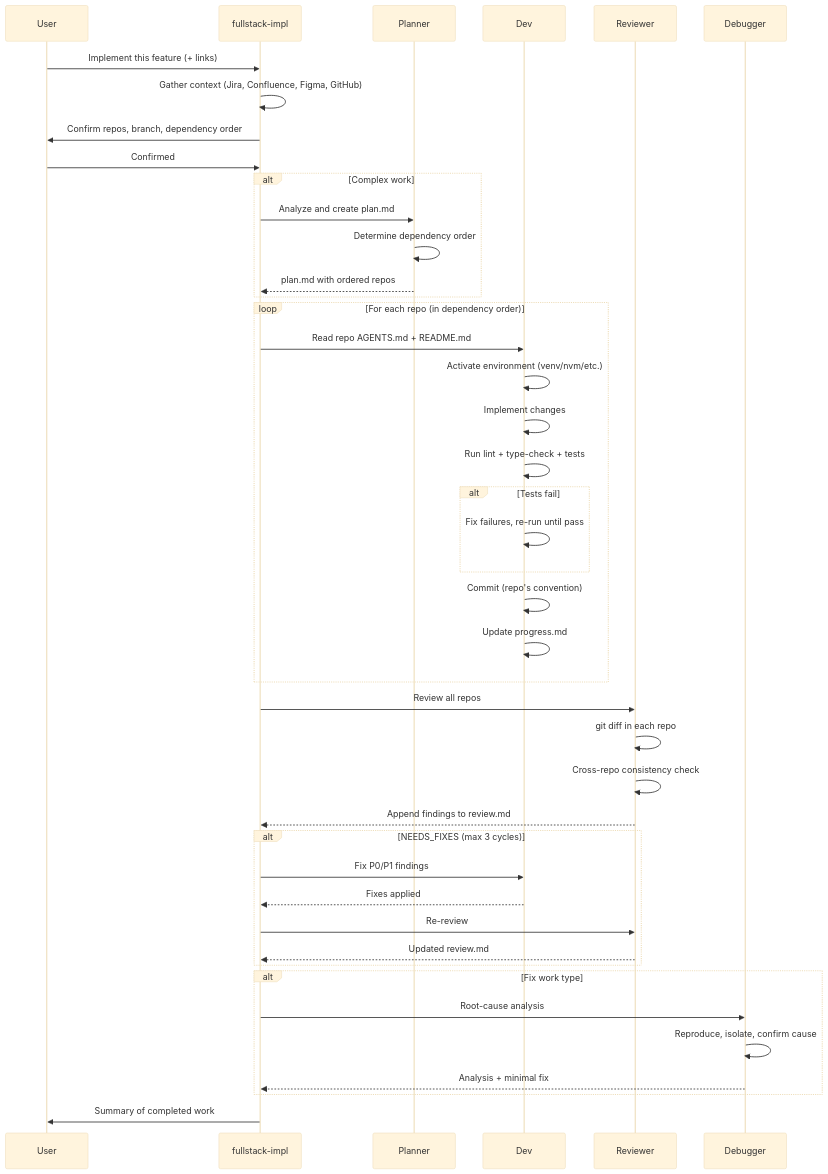
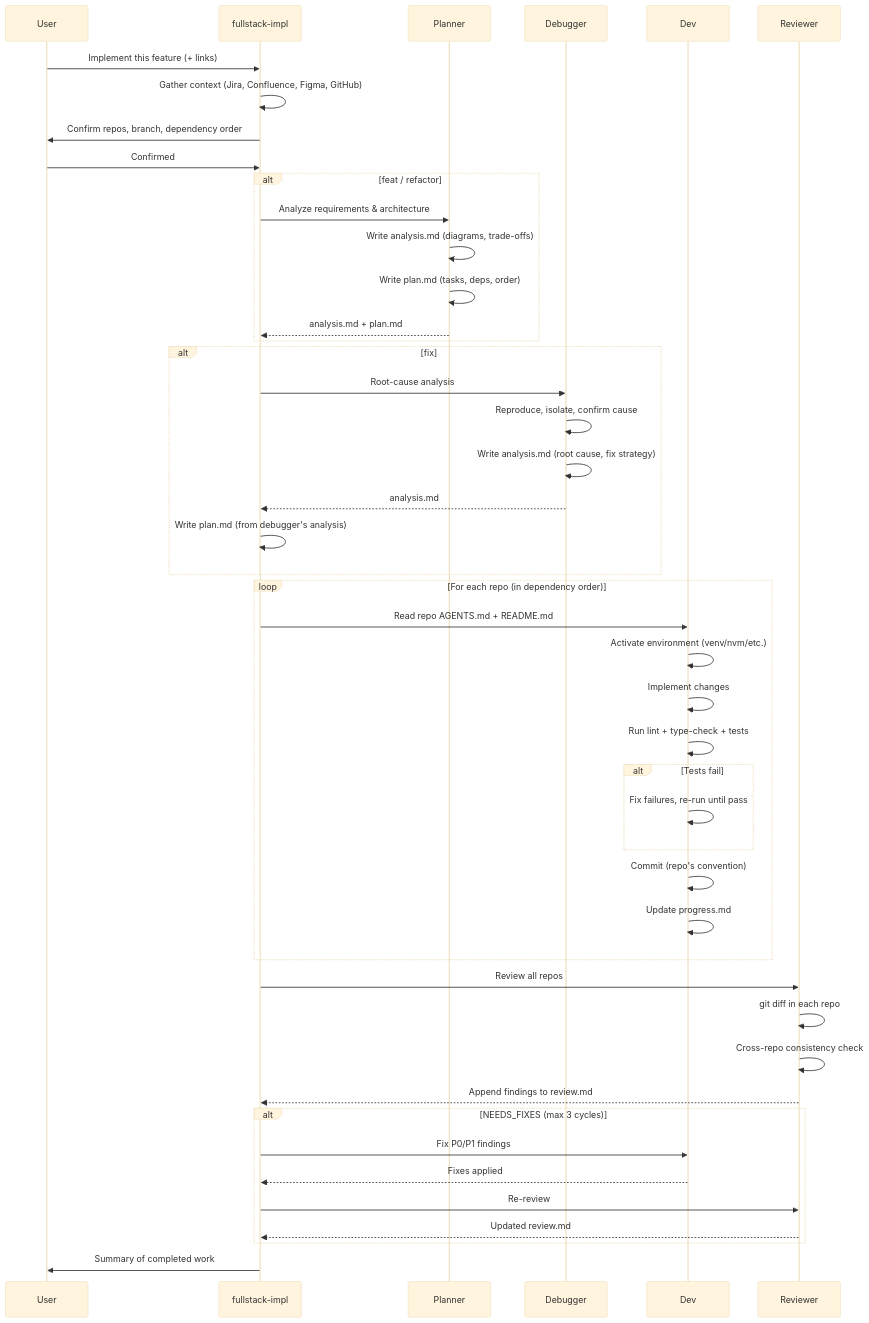
The second of 2 diagrams in docs/fullstack/FULLSTACK-IMPL.md (jie-meng/mythril-agent-skills), drawn with Mermaid (base theme) before and after one commit. The commit also changed other lines of this file and 2 other files, not shown here.

Commit message:
[fullstack-impl] Add analysis.md technical document and explicit agent dispatch

````diff
--- a/docs/fullstack/FULLSTACK-IMPL.md
+++ b/docs/fullstack/FULLSTACK-IMPL.md
@@ -240,52 +265,55 @@
 ```mermaid
 sequenceDiagram
     participant User
     participant Skill as fullstack-impl
     participant Planner
+    participant Debugger
     participant Dev
     participant Reviewer
-    participant Debugger
 
     User->>Skill: Implement this feature (+ links)
     Skill->>Skill: Gather context (Jira, Confluence, Figma, GitHub)
     Skill->>User: Confirm repos, branch, dependency order
     User->>Skill: Confirmed
 
-    alt Complex work
-        Skill->>Planner: Analyze and create plan.md
-        Planner->>Planner: Determine dependency order
-        Planner-->>Skill: plan.md with ordered repos
+    alt feat / refactor
+        Skill->>Planner: Analyze requirements & architecture
+        Planner->>Planner: Write analysis.md (diagrams, trade-offs)
+        Planner->>Planner: Write plan.md (tasks, deps, order)
+        Planner-->>Skill: analysis.md + plan.md
+    end
+
+    alt fix
+        Skill->>Debugger: Root-cause analysis
+        Debugger->>Debugger: Reproduce, isolate, confirm cause
+        Debugger->>Debugger: Write analysis.md (root cause, fix strategy)
+        Debugger-->>Skill: analysis.md
+        Skill->>Skill: Write plan.md (from debugger's analysis)
     end
 
     loop For each repo (in dependency order)
         Skill->>Dev: Read repo AGENTS.md + README.md
         Dev->>Dev: Activate environment (venv/nvm/etc.)
         Dev->>Dev: Implement changes
         Dev->>Dev: Run lint + type-check + tests
         alt Tests fail
             Dev->>Dev: Fix failures, re-run until pass
         end
         Dev->>Dev: Commit (repo's convention)
         Dev->>Dev: Update progress.md
     end
 
     Skill->>Reviewer: Review all repos
     Reviewer->>Reviewer: git diff in each repo
     Reviewer->>Reviewer: Cross-repo consistency check
     Reviewer-->>Skill: Append findings to review.md
 
     alt NEEDS_FIXES (max 3 cycles)
         Skill->>Dev: Fix P0/P1 findings
         Dev-->>Skill: Fixes applied
         Skill->>Reviewer: Re-review
         Reviewer-->>Skill: Updated review.md
     end
 
-    alt Fix work type
-        Skill->>Debugger: Root-cause analysis
-        Debugger->>Debugger: Reproduce, isolate, confirm cause
-        Debugger-->>Skill: Analysis + minimal fix
-    end
-
     Skill->>User: Summary of completed work
 ```
````
